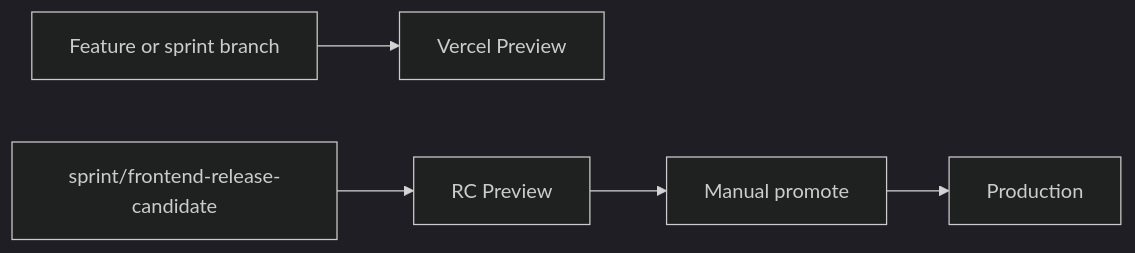
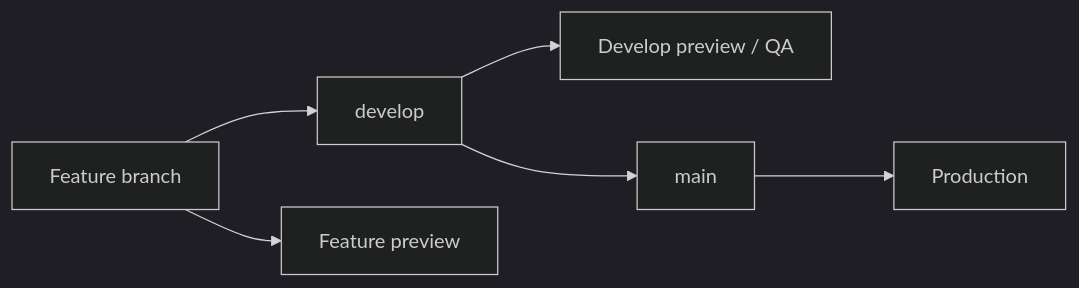
Before and after one commit to DeveloperTWH/mosaic-biz-frontend: the diagram in docs/ARCHITECTURE.md, drawn with Mermaid (dark theme). The commit also changed other lines of this file and 68 other files, not shown here.

````diff
--- a/docs/ARCHITECTURE.md
+++ b/docs/ARCHITECTURE.md
@@ -87,7 +89,8 @@
 ```mermaid
 flowchart LR
-  branch[Feature or sprint branch] --> preview[Vercel Preview]
-  rc[sprint/frontend-release-candidate] --> rcPreview[RC Preview]
-  rcPreview --> manual[Manual promote]
-  manual --> prod[Production]
+  feature[Feature branch] --> develop[develop]
+  develop --> devPreview[Develop preview / QA]
+  develop --> main[main]
+  main --> prod[Production]
+  feature --> preview[Feature preview]
 ```
````
